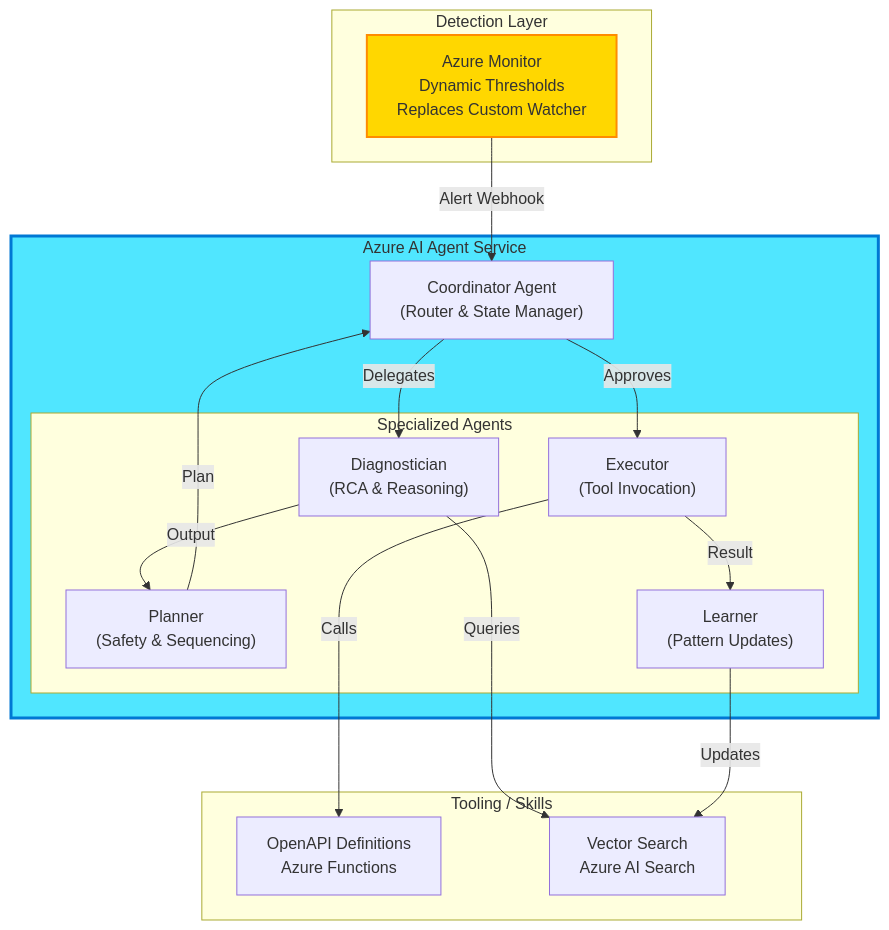
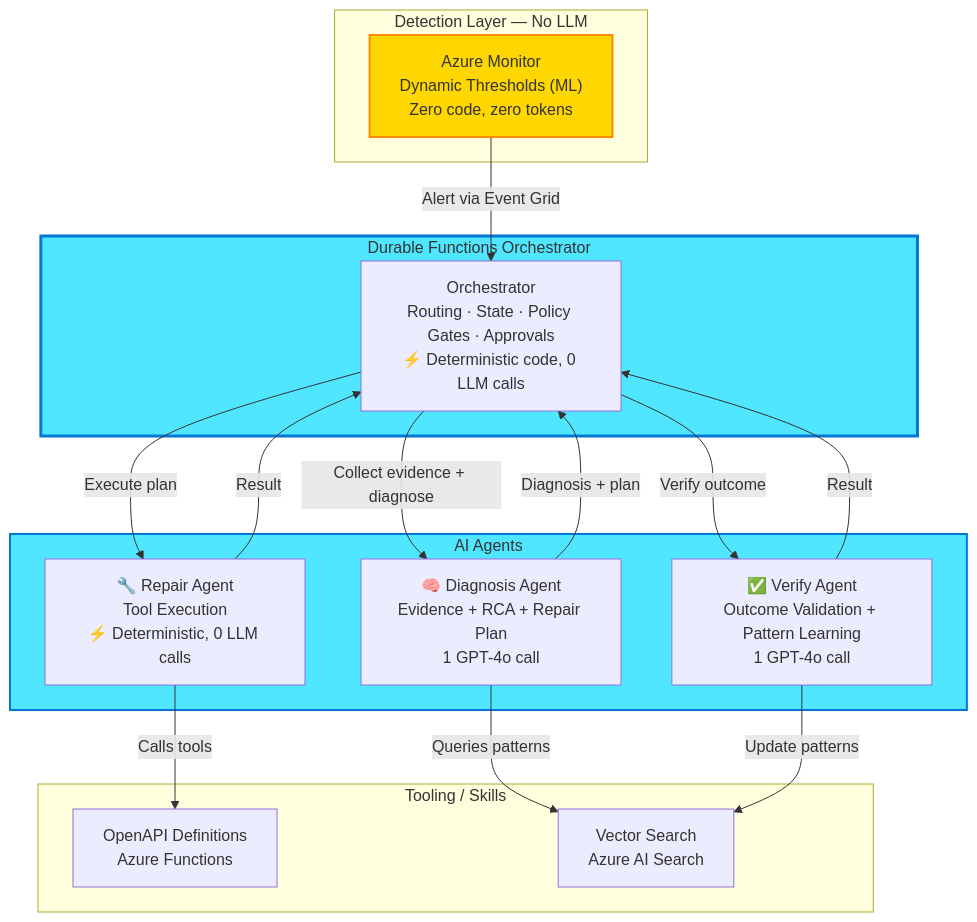
One commit to mayankgupta7673/Continuum-Ops changed the fifth of 10 diagrams in docs/01-Technical-Architecture.md. Above: the diagram before and after it, drawn with Mermaid. The commit also changed other lines of this file and 6 other files, not shown here.

Commit message:
Fixed architecture issues and add justifications

````diff
--- a/docs/01-Technical-Architecture.md
+++ b/docs/01-Technical-Architecture.md
@@ -165,35 +166,36 @@
 ```mermaid
 graph TB
-    subgraph Detection[Detection Layer]
-        AZMON[Azure Monitor<br/>Dynamic Thresholds<br/>Replaces Custom Watcher]
+    subgraph Detection[Detection Layer — No LLM]
+        AZMON["Azure Monitor<br/>Dynamic Thresholds (ML)<br/>Zero code, zero tokens"]
     end
 
-    subgraph AgentService[Azure AI Agent Service]
-        COORD["Coordinator Agent<br/>(Router & State Manager)"]
-        
-        subgraph Workers[Specialized Agents]
-            DIAG["Diagnostician<br/>(RCA & Reasoning)"]
-            PLAN["Planner<br/>(Safety & Sequencing)"]
-            EXEC["Executor<br/>(Tool Invocation)"]
-            LEARN["Learner<br/>(Pattern Updates)"]
-        end
+    subgraph Orchestration[Durable Functions Orchestrator]
+        ORCH["Orchestrator<br/>Routing · State · Policy Gates · Approvals<br/>⚡ Deterministic code, 0 LLM calls"]
+    end
+
+    subgraph Agents[AI Agents]
+        DIAG["🧠 Diagnosis Agent<br/>Evidence + RCA + Repair Plan<br/>1 GPT-4o call"]
+        REPAIR["🔧 Repair Agent<br/>Tool Execution<br/>⚡ Deterministic, 0 LLM calls"]
+        VERIFY["✅ Verify Agent<br/>Outcome Validation + Pattern Learning<br/>1 GPT-4o call"]
     end
 
     subgraph Skills[Tooling / Skills]
         OPENAPI["OpenAPI Definitions<br/>Azure Functions"]
         SEARCH["Vector Search<br/>Azure AI Search"]
     end
     
-    AZMON -->|Alert Webhook| COORD
-    COORD -->|Delegates| DIAG
-    DIAG -->|Queries| SEARCH
-    DIAG -->|Output| PLAN
-    PLAN -->|Plan| COORD
-    COORD -->|Approves| EXEC
-    EXEC -->|Calls| OPENAPI
-    EXEC -->|Result| LEARN
-    LEARN -->|Updates| SEARCH
+    AZMON -->|Alert via Event Grid| ORCH
+    ORCH -->|Collect evidence + diagnose| DIAG
+    DIAG -->|Queries patterns| SEARCH
+    DIAG -->|Diagnosis + plan| ORCH
+    ORCH -->|Execute plan| REPAIR
+    REPAIR -->|Calls tools| OPENAPI
+    REPAIR -->|Result| ORCH
+    ORCH -->|Verify outcome| VERIFY
+    VERIFY -->|Update patterns| SEARCH
+    VERIFY -->|Result| ORCH
     
     style AZMON fill:#FFD700,stroke:#FF8C00,stroke-width:2px
-    style AgentService fill:#50e6ff,stroke:#0078d4,stroke-width:3px
+    style Orchestration fill:#50e6ff,stroke:#0078d4,stroke-width:3px
+    style Agents fill:#50e6ff,stroke:#0078d4,stroke-width:2px
 ```
````
